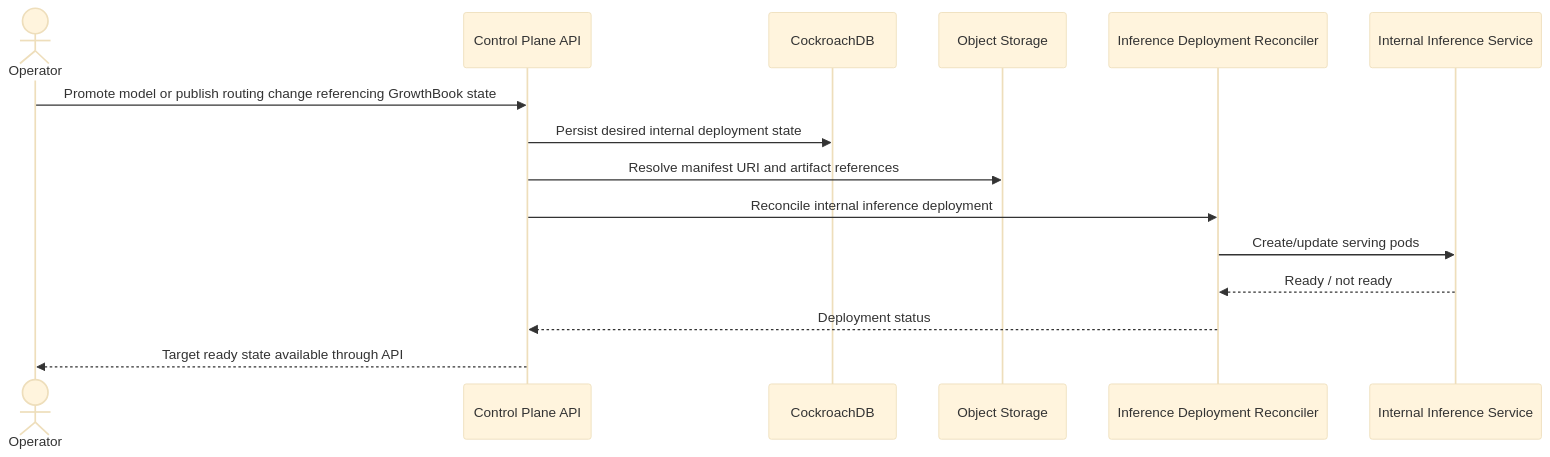
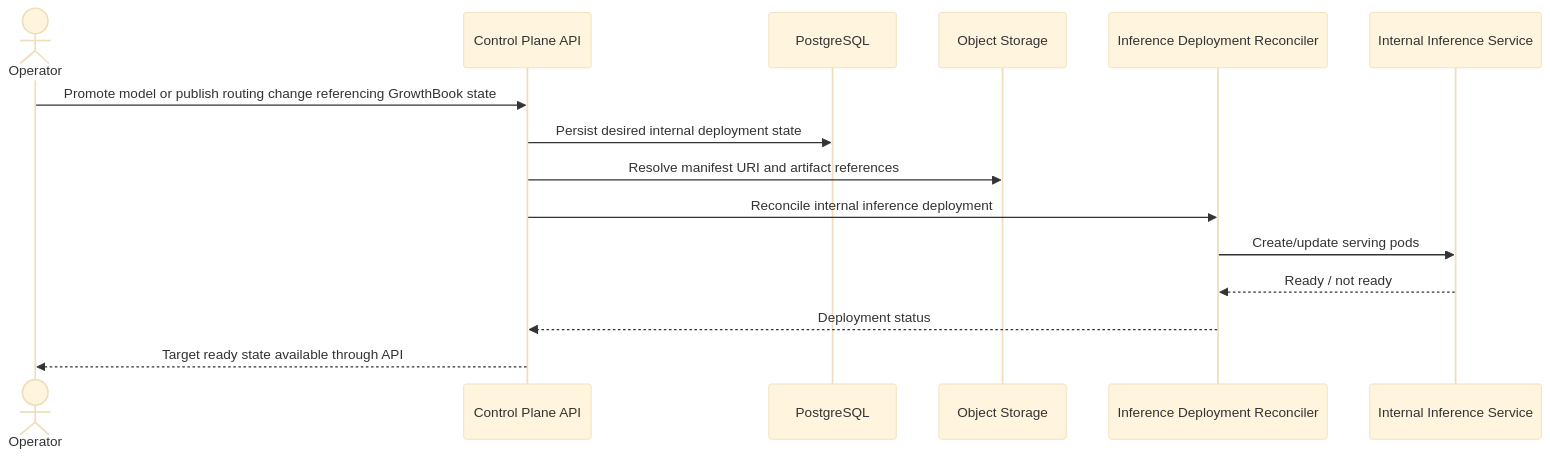
The third of 5 diagrams in README.md (brandon-benge/example-model-routing), drawn with Mermaid (base theme) before and after one commit. The commit also changed other lines of this file and 6 other files, not shown here.

````diff
--- a/README.md
+++ b/README.md
@@ -108,18 +105,18 @@
 ```mermaid
 sequenceDiagram
     actor Operator
     participant API as Control Plane API
-    participant DB as CockroachDB
+    participant DB as PostgreSQL
     participant Obj as Object Storage
     participant Reconciler as Inference Deployment Reconciler
     participant Internal as Internal Inference Service
 
     Operator->>API: Promote model or publish routing change referencing GrowthBook state
     API->>DB: Persist desired internal deployment state
     API->>Obj: Resolve manifest URI and artifact references
     API->>Reconciler: Reconcile internal inference deployment
     Reconciler->>Internal: Create/update serving pods
     Internal-->>Reconciler: Ready / not ready
     Reconciler-->>API: Deployment status
     API-->>Operator: Target ready state available through API
 ```
````
